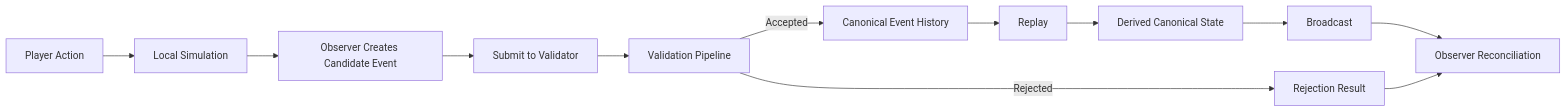
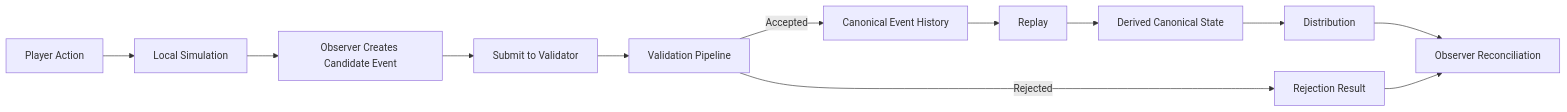
One commit to godofthunder101/crypsa-architecture changed the diagram in CrypSA_Worked_Example.md. Above: the diagram before and after it, drawn with Mermaid. The commit also changed other lines of this file, not shown here.

`````diff
--- a/CrypSA_Worked_Example.md
+++ b/CrypSA_Worked_Example.md
@@ -47,19 +54,19 @@
 ```mermaid
 flowchart LR
 
 A[Player Action] --> B[Local Simulation]
 B --> C[Observer Creates Candidate Event]
 C --> D[Submit to Validator]
 
 D --> E[Validation Pipeline]
 
 E -->|Accepted| F[Canonical Event History]
 E -->|Rejected| G[Rejection Result]
 
 F --> H[Replay]
 H --> I[Derived Canonical State]
-I --> J[Broadcast]
+I --> J[Distribution]
 
 J --> K[Observer Reconciliation]
 G --> K
-```
+````
`````
